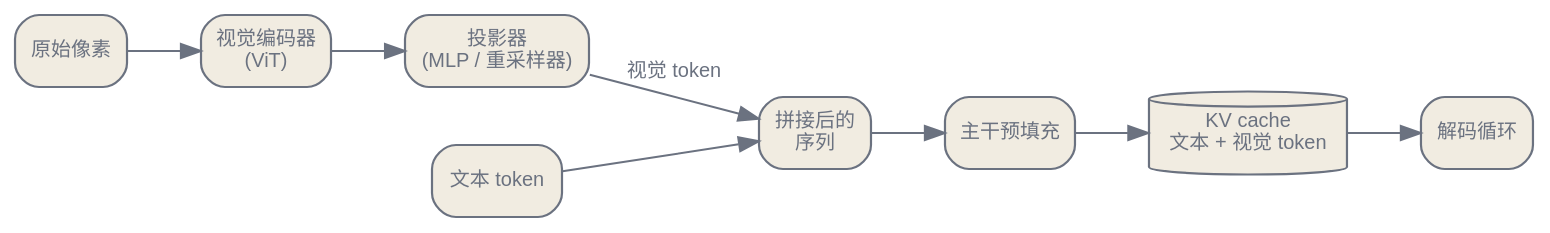
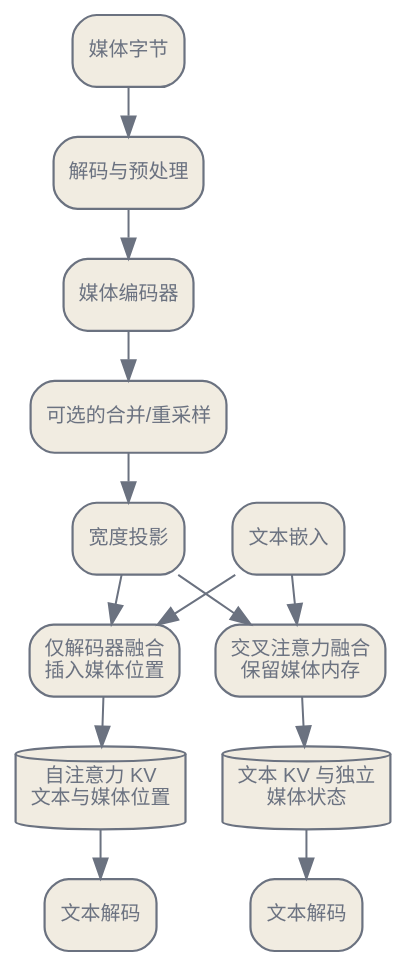
The diagram in zh/inference/06-serving-multimodal.qmd (latere-ai/ai-as-an-infrastructure), drawn with Graphviz before and after one commit. The commit also changed other lines of this file and 3 other files, not shown here.

````diff
--- a/zh/inference/06-serving-multimodal.qmd
+++ b/zh/inference/06-serving-multimodal.qmd
@@ -26,26 +18,33 @@
 ```{dot}
-//| label: fig-mm-pipeline
-//| fig-cap: "多模态服务流水线。视觉编码器与投影器在预填充时对每张图像各跑一次，产出视觉 token，与文本 token 拼接后便像文本一样驻留在键值缓存里。编码器是文本服务栈从未有过的一道额外算力工序。"
+//| label: fig-mm-input-contracts
+//| fig-cap: "两种媒体输入服务契约。仅解码器融合把投影后的媒体特征插入语言模型序列；交叉注意力融合则保留独立媒体内存。两条路径的 KV 缓存成本并不相同。"
 digraph {
   bgcolor="transparent";
-  rankdir=LR;
-  nodesep=0.4; ranksep=0.5;
+  size="3.2,8.0";
+  rankdir=TB;
+  nodesep=0.25; ranksep=0.35;
   node [shape=box, style="rounded,filled", fontname="Helvetica", fontsize=10, color="#6b7280", fontcolor="#6b7280", fillcolor="#f1ece1", penwidth=1.1];
-  edge [fontsize=10, fontname="Helvetica", color="#6b7280", fontcolor="#6b7280"];
-  IMG [label="原始像素"];
-  ENC [label="视觉编码器\n(ViT)"];
-  PROJ [label="投影器\n(MLP / 重采样器)"];
-  TXT [label="文本 token"];
-  CAT [label="拼接后的\n序列"];
-  PREFILL [label="主干预填充"];
-  KV [label="KV cache\n文本 + 视觉 token", shape=cylinder];
-  DEC [label="解码循环"];
-  IMG -> ENC;
-  ENC -> PROJ;
-  TXT -> CAT;
-  PROJ -> CAT [label="视觉 token"];
-  CAT -> PREFILL;
-  PREFILL -> KV;
-  KV -> DEC;
+  edge [fontsize=9, fontname="Helvetica", color="#6b7280", fontcolor="#6b7280"];
+
+  IMG [label="媒体字节"];
+  PRE [label="解码与预处理"];
+  ENC [label="媒体编码器"];
+  REDUCE [label="可选的合并/重采样"];
+  PROJ [label="宽度投影"];
+  TEXT [label="文本嵌入"];
+  PREFIX [label="仅解码器融合\n插入媒体位置"];
+  CROSS [label="交叉注意力融合\n保留媒体内存"];
+  SELFKV [label="自注意力 KV\n文本与媒体位置", shape=cylinder];
+  MEDIAKV [label="文本 KV 与独立\n媒体状态", shape=cylinder];
+  OUT1 [label="文本解码"];
+  OUT2 [label="文本解码"];
+
+  IMG -> PRE -> ENC -> REDUCE -> PROJ;
+  PROJ -> PREFIX;
+  PROJ -> CROSS;
+  TEXT -> PREFIX;
+  TEXT -> CROSS;
+  PREFIX -> SELFKV -> OUT1;
+  CROSS -> MEDIAKV -> OUT2;
 }
 ```
````
